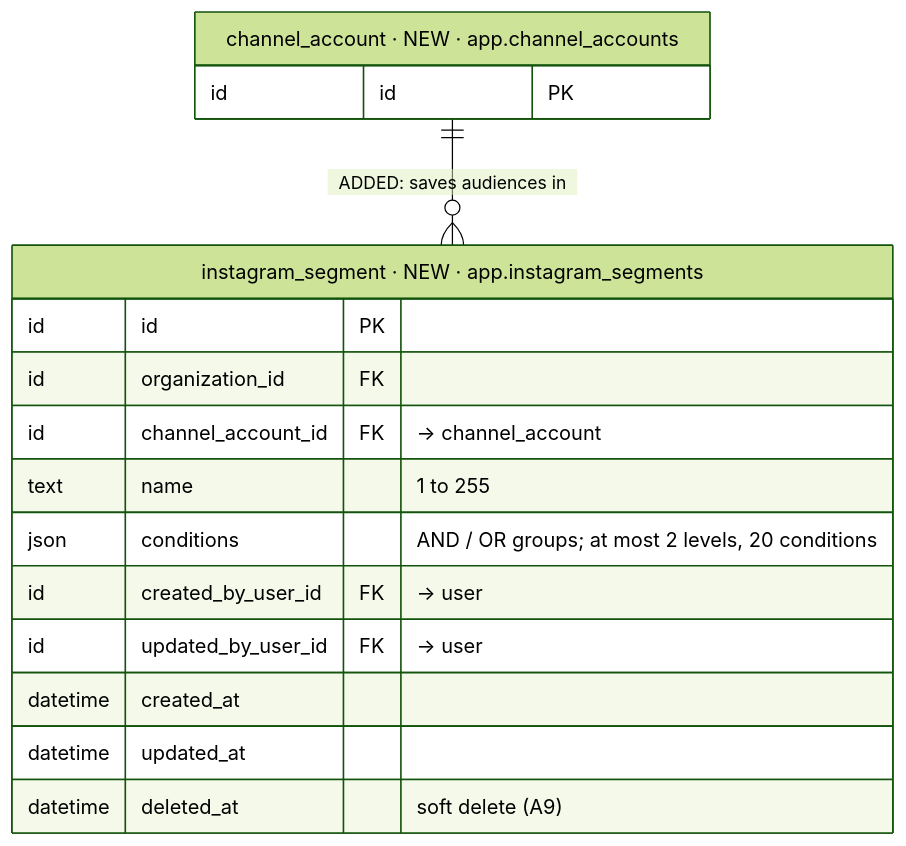
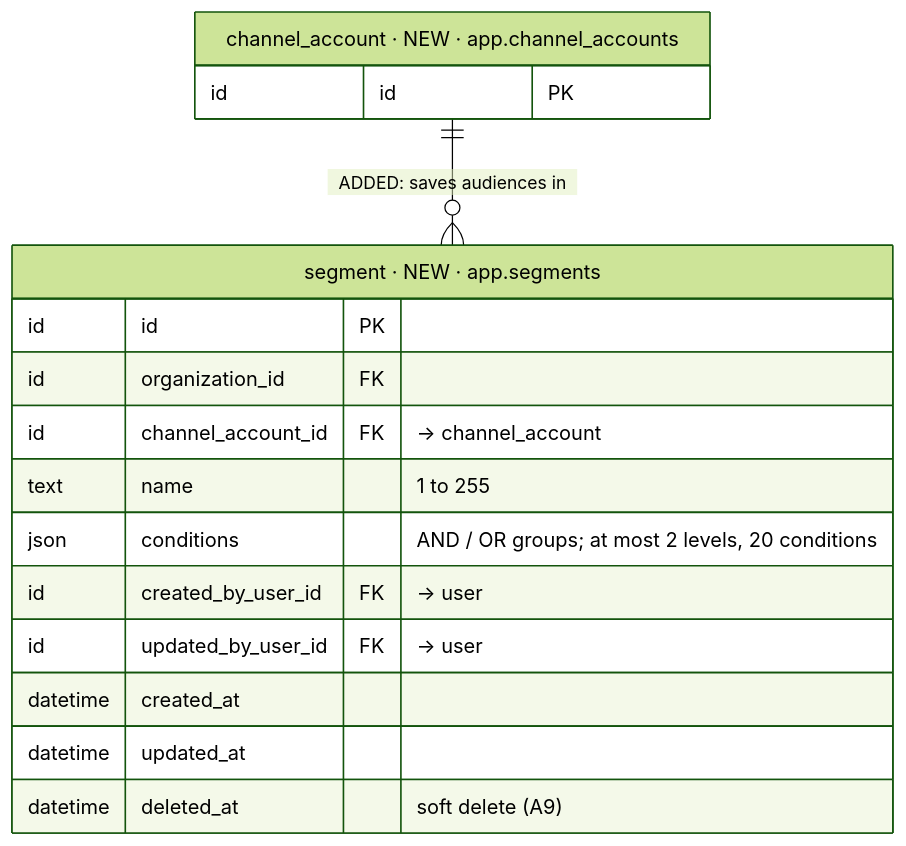
Before and after one commit to albetrios/meepzo-be: diagram 20 of 40 in iterations/feat-instagram-dm-sending-2026-11-23-oxak/plans/db-changes.md, drawn with Mermaid (forest theme). The commit also changed other lines of this file and 2 other files, not shown here.

````diff
--- a/iterations/feat-instagram-dm-sending-2026-11-23-oxak/plans/db-changes.md
+++ b/iterations/feat-instagram-dm-sending-2026-11-23-oxak/plans/db-changes.md
@@ -1047,19 +1079,19 @@
 ```mermaid
 erDiagram
-  instagram_segment["instagram_segment · NEW · app.instagram_segments"] {
+  segment["segment · NEW · app.segments"] {
     id id PK
     id organization_id FK
     id channel_account_id FK "→ channel_account"
     text name "1 to 255"
     json conditions "AND / OR groups; at most 2 levels, 20 conditions"
     id created_by_user_id FK "→ user"
     id updated_by_user_id FK "→ user"
     datetime created_at
     datetime updated_at
     datetime deleted_at "soft delete (A9)"
   }
   channel_account["channel_account · NEW · app.channel_accounts"] {
     id id PK
   }
-  channel_account ||--o{ instagram_segment : "ADDED: saves audiences in"
+  channel_account ||--o{ segment : "ADDED: saves audiences in"
 ```
````
